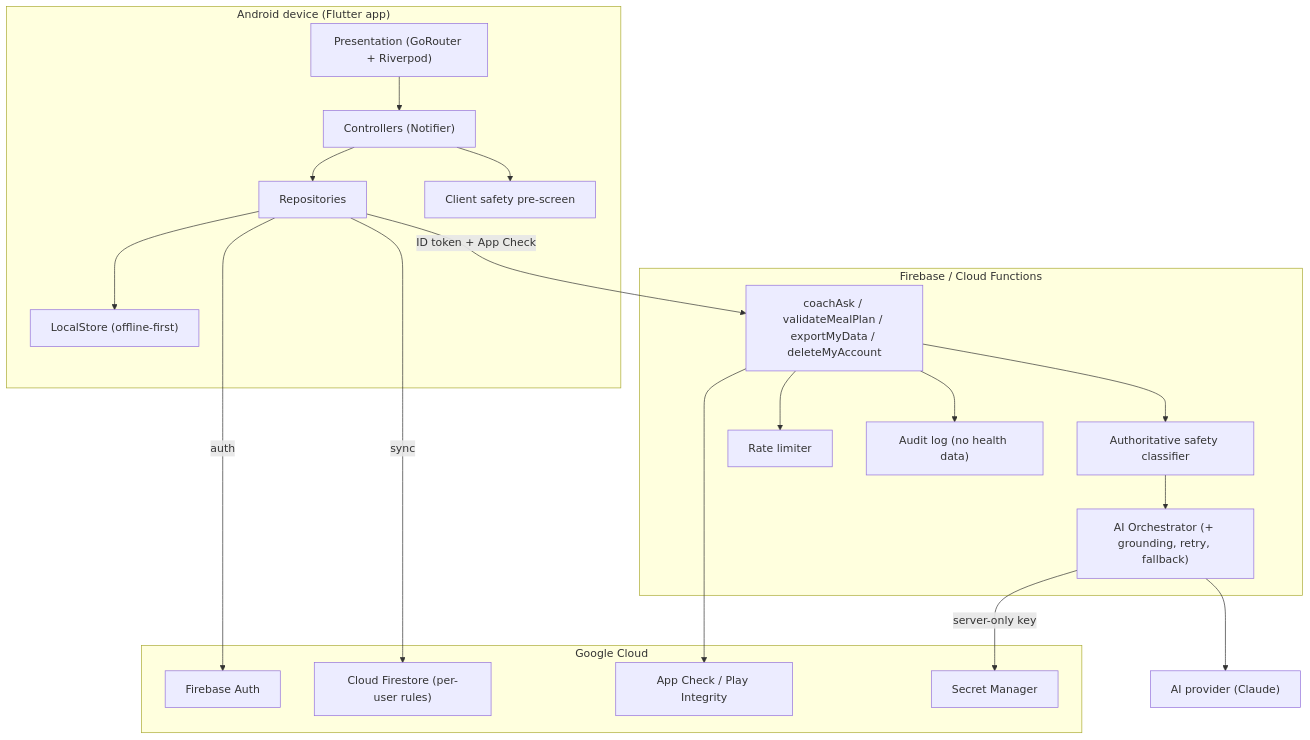
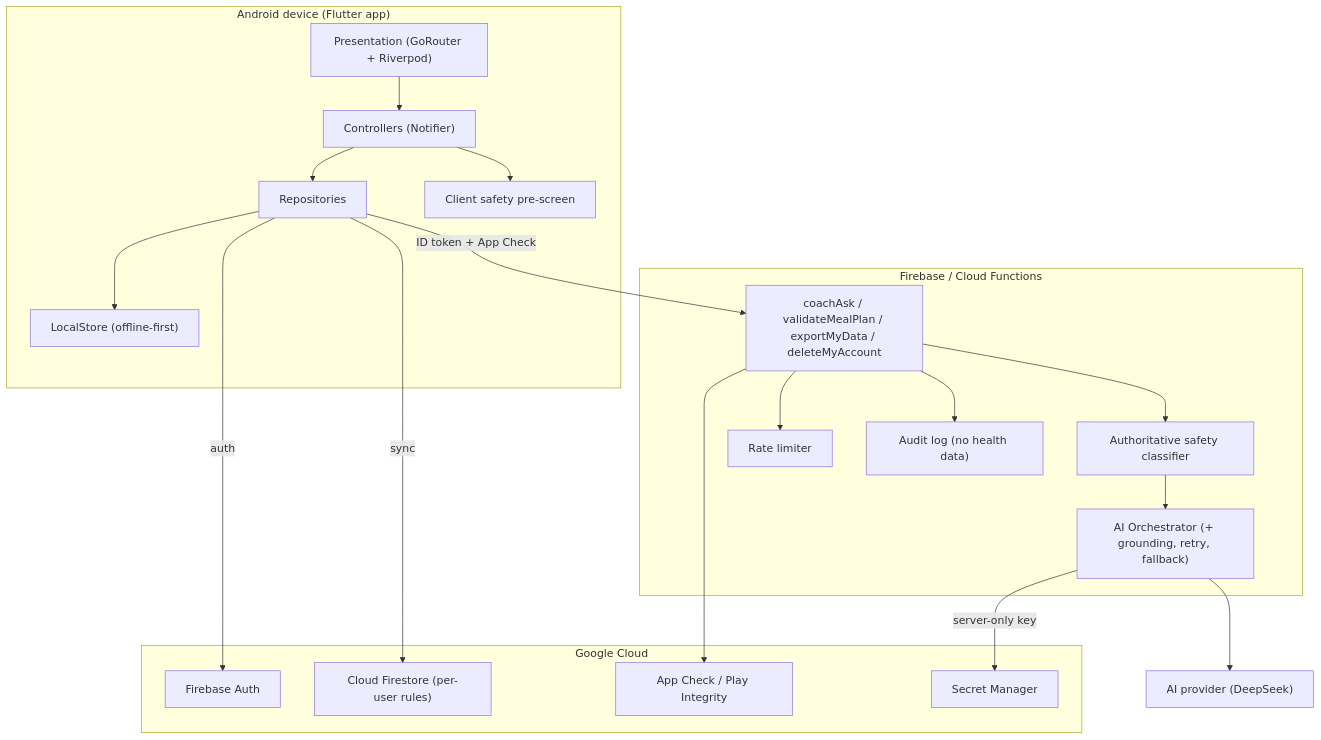
One commit to Kulas1203/NutriGuide-AI changed the first of 7 diagrams in docs/ARCHITECTURE.md. Above: the diagram before and after it, drawn with Mermaid. The commit also changed 10 other files, not shown here.

First line of the commit message:
Add DeepSeek as the production AI Coach provider

````diff
--- a/docs/ARCHITECTURE.md
+++ b/docs/ARCHITECTURE.md
@@ -37,36 +37,36 @@
 ```mermaid
 flowchart TB
   subgraph Device["Android device (Flutter app)"]
     UI["Presentation (GoRouter + Riverpod)"]
     CTRL["Controllers (Notifier)"]
     REPO["Repositories"]
     LS["LocalStore (offline-first)"]
     SAFE1["Client safety pre-screen"]
     UI --> CTRL --> REPO --> LS
     CTRL --> SAFE1
   end
   subgraph Backend["Firebase / Cloud Functions"]
     FN["coachAsk / validateMealPlan / exportMyData / deleteMyAccount"]
     SAFE2["Authoritative safety classifier"]
     ORCH["AI Orchestrator (+ grounding, retry, fallback)"]
     RL["Rate limiter"]
     AUD["Audit log (no health data)"]
     FN --> SAFE2 --> ORCH
     FN --> RL
     FN --> AUD
   end
   subgraph Google["Google Cloud"]
     AUTH["Firebase Auth"]
     FS["Cloud Firestore (per-user rules)"]
     APPCHK["App Check / Play Integrity"]
     SM["Secret Manager"]
   end
-  AI["AI provider (Claude)"]
+  AI["AI provider (DeepSeek)"]
 
   REPO -->|"ID token + App Check"| FN
   REPO -->|auth| AUTH
   REPO -->|sync| FS
   FN --> APPCHK
   ORCH -->|server-only key| SM
   ORCH --> AI
 ```
````
